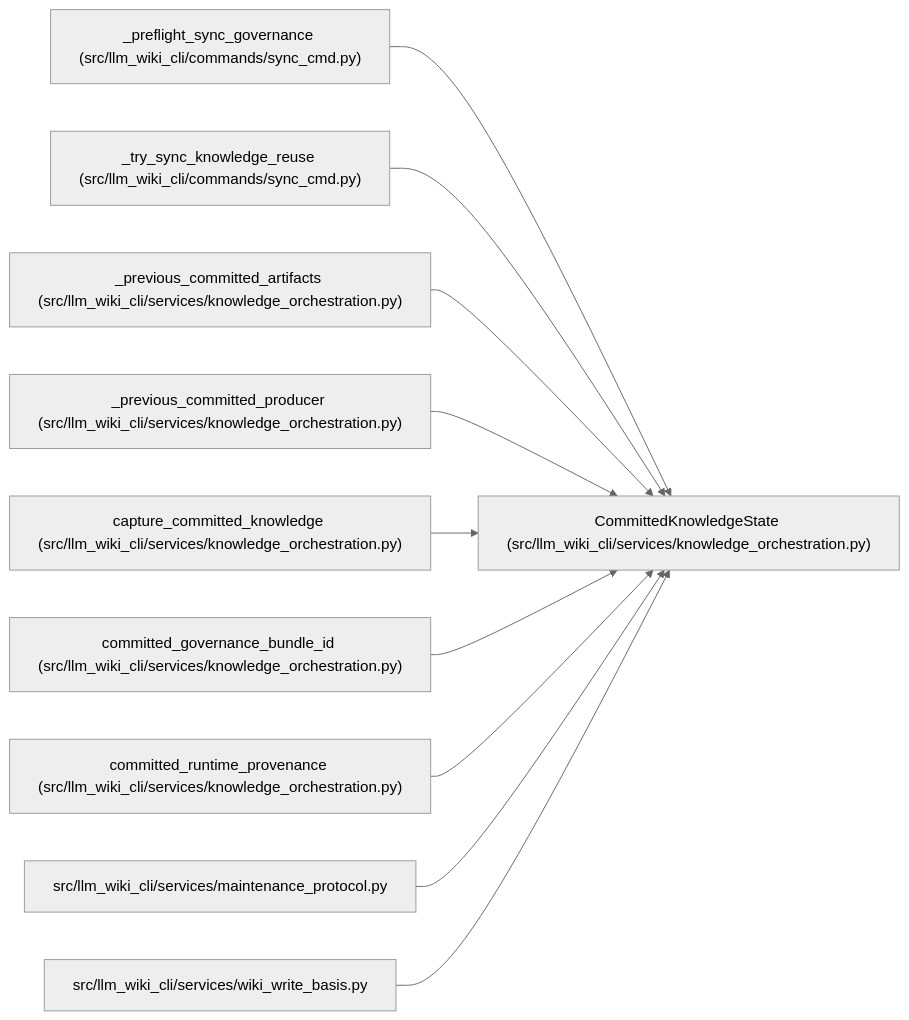
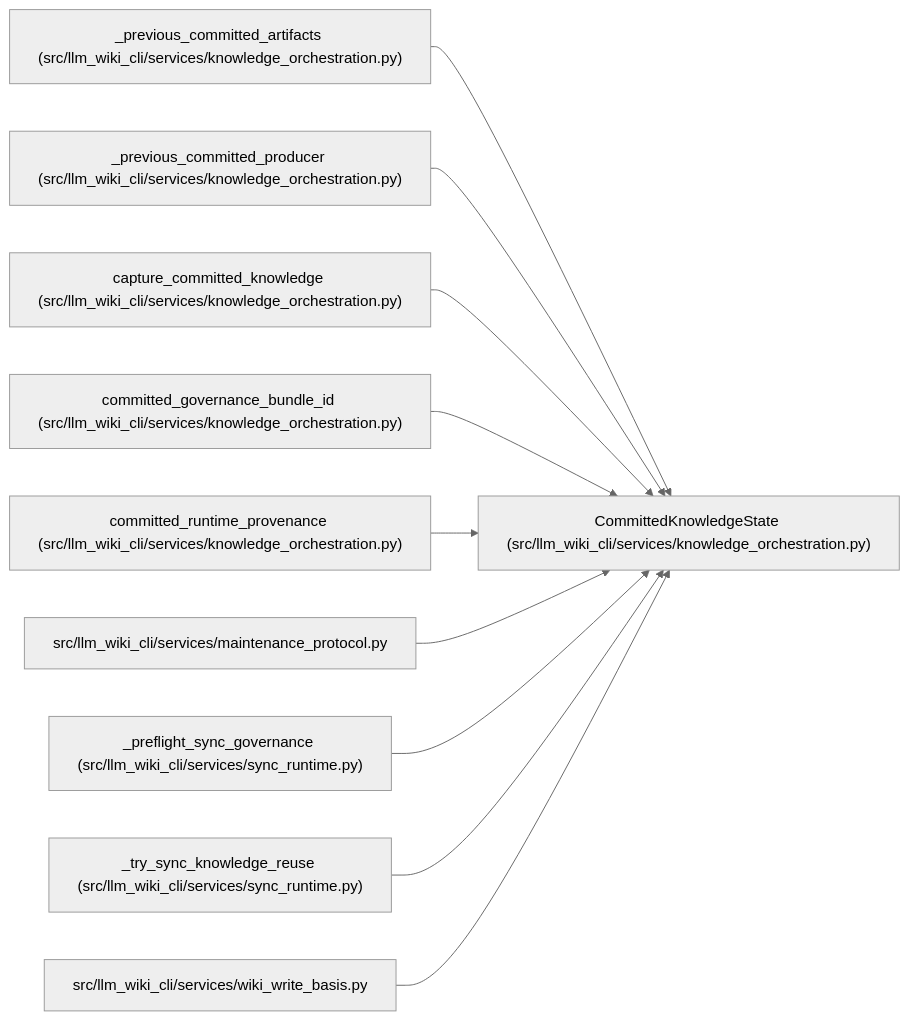
The diagram in docs/llm_wiki/entities/CommittedKnowledgeState.md (Denissvgn/python-wiki-llm), drawn with Mermaid (neutral theme) before and after one commit. The commit also changed other lines of this file and 1555 other files, not shown here.

````diff
--- a/docs/llm_wiki/entities/CommittedKnowledgeState.md
+++ b/docs/llm_wiki/entities/CommittedKnowledgeState.md
@@ -33,32 +33,32 @@
 ```mermaid
 flowchart LR
     n0["CommittedKnowledgeState (src/llm_wiki_cli/services/knowledge_orchestration.py)"]
-    n1["_preflight_sync_governance (src/llm_wiki_cli/commands/sync_cmd.py)"]
-    n2["_try_sync_knowledge_reuse (src/llm_wiki_cli/commands/sync_cmd.py)"]
-    n3["_previous_committed_artifacts (src/llm_wiki_cli/services/knowledge_orchestration.py)"]
-    n4["_previous_committed_producer (src/llm_wiki_cli/services/knowledge_orchestration.py)"]
-    n5["capture_committed_knowledge (src/llm_wiki_cli/services/knowledge_orchestration.py)"]
-    n6["committed_governance_bundle_id (src/llm_wiki_cli/services/knowledge_orchestration.py)"]
-    n7["committed_runtime_provenance (src/llm_wiki_cli/services/knowledge_orchestration.py)"]
-    n8["src/llm_wiki_cli/services/maintenance_protocol.py"]
+    n1["_previous_committed_artifacts (src/llm_wiki_cli/services/knowledge_orchestration.py)"]
+    n2["_previous_committed_producer (src/llm_wiki_cli/services/knowledge_orchestration.py)"]
+    n3["capture_committed_knowledge (src/llm_wiki_cli/services/knowledge_orchestration.py)"]
+    n4["committed_governance_bundle_id (src/llm_wiki_cli/services/knowledge_orchestration.py)"]
+    n5["committed_runtime_provenance (src/llm_wiki_cli/services/knowledge_orchestration.py)"]
+    n6["src/llm_wiki_cli/services/maintenance_protocol.py"]
+    n7["_preflight_sync_governance (src/llm_wiki_cli/services/sync_runtime.py)"]
+    n8["_try_sync_knowledge_reuse (src/llm_wiki_cli/services/sync_runtime.py)"]
     n9["src/llm_wiki_cli/services/wiki_write_basis.py"]
     n1 --> n0
     n2 --> n0
     n3 --> n0
     n4 --> n0
     n5 --> n0
     n6 --> n0
     n7 --> n0
     n8 --> n0
     n9 --> n0
     click n0 "../modules/knowledge_orchestration.md"
-    click n1 "../modules/sync_cmd.md"
-    click n2 "../modules/sync_cmd.md"
+    click n1 "../modules/knowledge_orchestration.md"
+    click n2 "../modules/knowledge_orchestration.md"
     click n3 "../modules/knowledge_orchestration.md"
     click n4 "../modules/knowledge_orchestration.md"
     click n5 "../modules/knowledge_orchestration.md"
-    click n6 "../modules/knowledge_orchestration.md"
-    click n7 "../modules/knowledge_orchestration.md"
-    click n8 "../modules/maintenance_protocol.md"
+    click n6 "../modules/maintenance_protocol.md"
+    click n7 "../modules/sync_runtime.md"
+    click n8 "../modules/sync_runtime.md"
     click n9 "../modules/wiki_write_basis.md"
 ```
````
